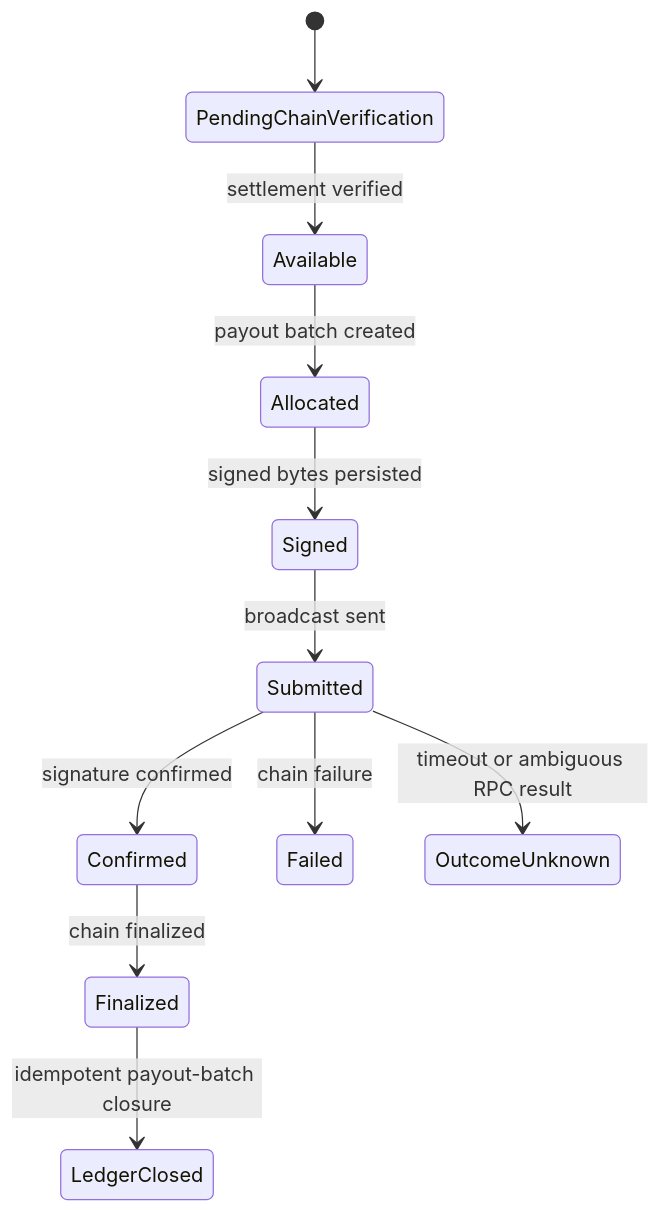
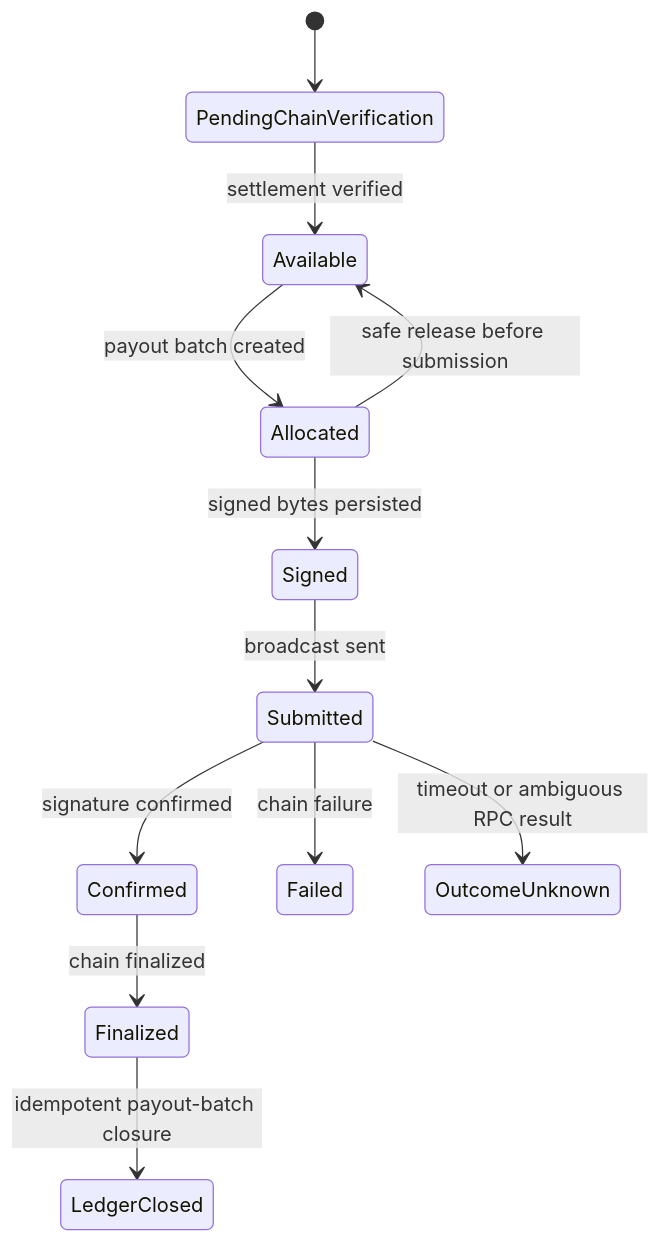
One commit to split402protocol/splitx402 changed the second of 2 diagrams in packages/control-plane/README.md. Above: the diagram before and after it, drawn with Mermaid. The commit also changed other lines of this file and 11 other files, not shown here.

````diff
--- a/packages/control-plane/README.md
+++ b/packages/control-plane/README.md
@@ -43,13 +43,14 @@
 ```mermaid
 stateDiagram-v2
   [*] --> PendingChainVerification
   PendingChainVerification --> Available: settlement verified
   Available --> Allocated: payout batch created
+  Allocated --> Available: safe release before submission
   Allocated --> Signed: signed bytes persisted
   Signed --> Submitted: broadcast sent
   Submitted --> Confirmed: signature confirmed
   Confirmed --> Finalized: chain finalized
   Submitted --> Failed: chain failure
   Submitted --> OutcomeUnknown: timeout or ambiguous RPC result
   Finalized --> LedgerClosed: idempotent payout-batch closure
 ```
````
